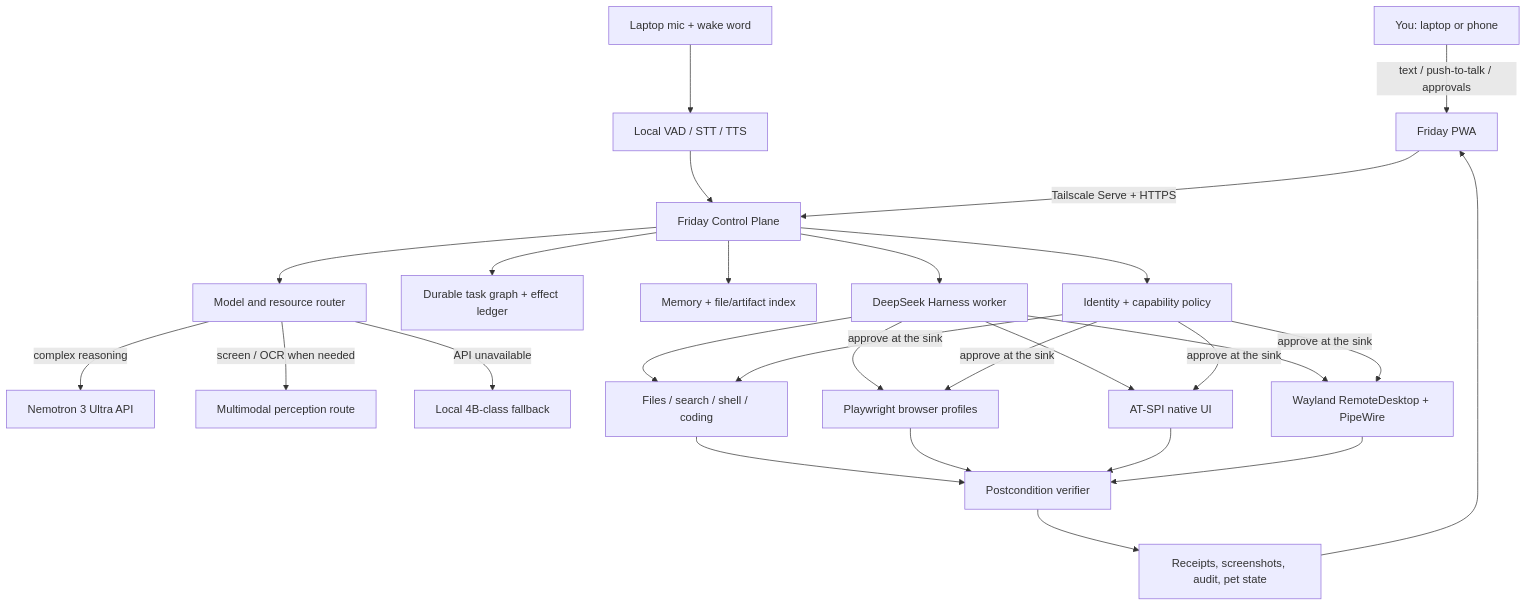
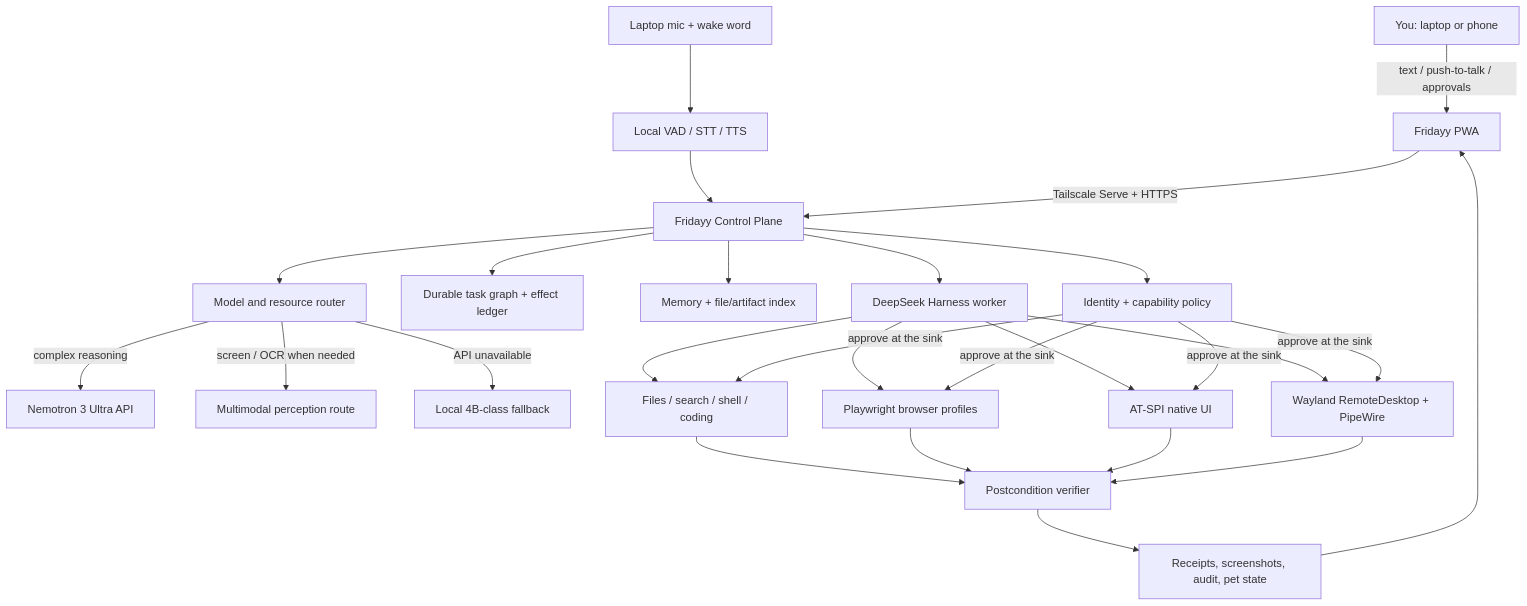
Before and after one commit to atharvb7/friday: the diagram in docs/archive/friday-laptop-only-master-design.md, drawn with Mermaid. The commit also changed other lines of this file and 186 other files, not shown here.

Commit message:
Rename the assistant's visible name from Friday to Fridayy (also includes: Open source issues: standard repro steps and an honest issue disclosure)

````diff
--- a/docs/archive/friday-laptop-only-master-design.md
+++ b/docs/archive/friday-laptop-only-master-design.md
@@ -55,34 +55,34 @@
 ```mermaid
 flowchart TB
-    U[You: laptop or phone] -->|text / push-to-talk / approvals| PWA[Friday PWA]
+    U[You: laptop or phone] -->|text / push-to-talk / approvals| PWA[Fridayy PWA]
     MIC[Laptop mic + wake word] --> VOICE[Local VAD / STT / TTS]
     VOICE --> CORE
-    PWA -->|Tailscale Serve + HTTPS| CORE[Friday Control Plane]
+    PWA -->|Tailscale Serve + HTTPS| CORE[Fridayy Control Plane]
 
     CORE --> AUTH[Identity + capability policy]
     CORE --> TASKS[Durable task graph + effect ledger]
     CORE --> MEM[Memory + file/artifact index]
     CORE --> ROUTER[Model and resource router]
     CORE --> DSH[DeepSeek Harness worker]
 
     ROUTER -->|complex reasoning| NEM[Nemotron 3 Ultra API]
     ROUTER -->|screen / OCR when needed| VLM[Multimodal perception route]
     ROUTER -->|API unavailable| LOCAL[Local 4B-class fallback]
 
     DSH --> FILES[Files / search / shell / coding]
     DSH --> WEB[Playwright browser profiles]
     DSH --> A11Y[AT-SPI native UI]
     DSH --> PORTAL[Wayland RemoteDesktop + PipeWire]
 
     AUTH -->|approve at the sink| FILES
     AUTH -->|approve at the sink| WEB
     AUTH -->|approve at the sink| A11Y
     AUTH -->|approve at the sink| PORTAL
 
     FILES --> VERIFY[Postcondition verifier]
     WEB --> VERIFY
     A11Y --> VERIFY
     PORTAL --> VERIFY
     VERIFY --> RECEIPT[Receipts, screenshots, audit, pet state]
     RECEIPT --> PWA
 ```
````
